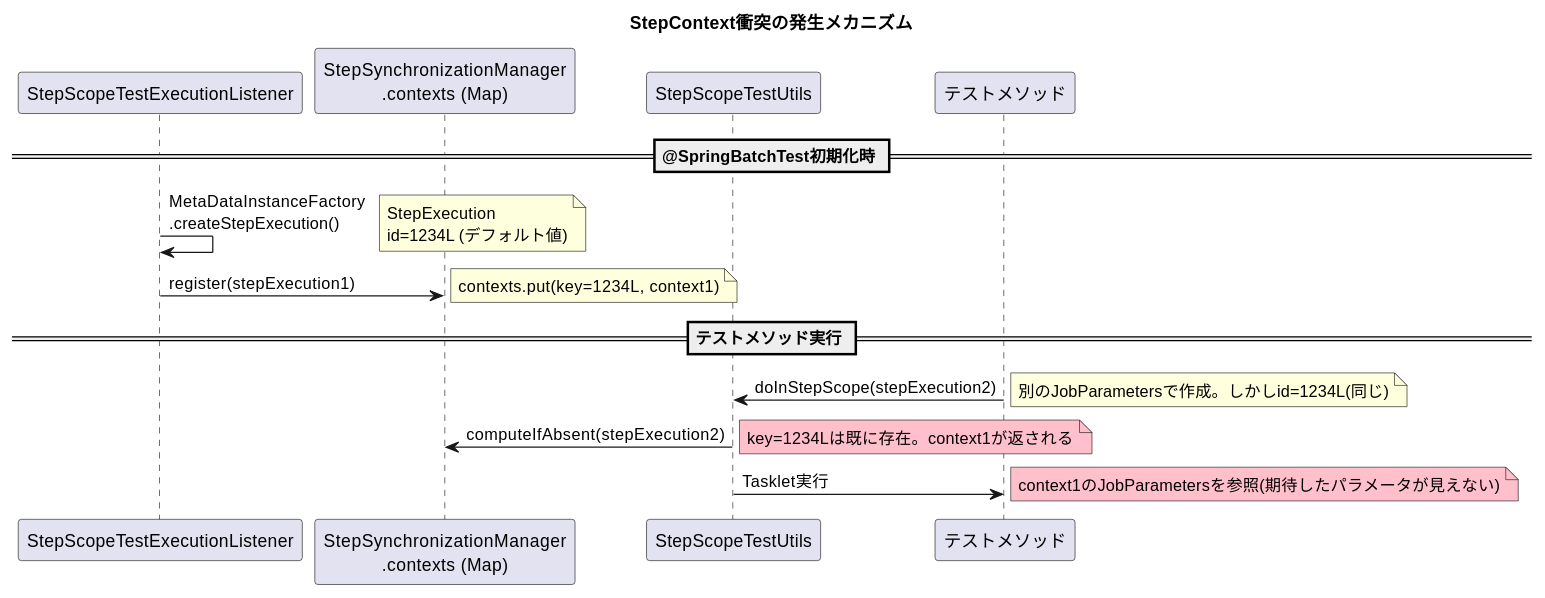
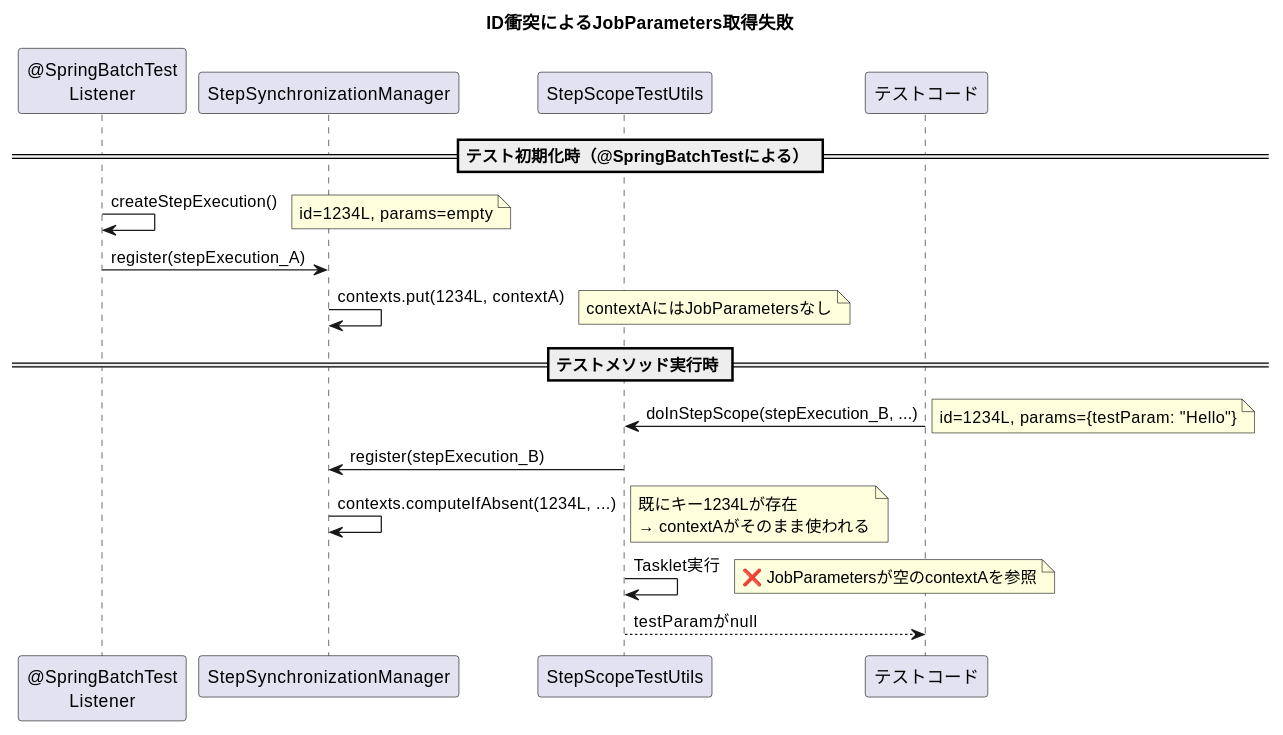
The second of 2 diagrams in output/spring-batch/6.0.2/all/current/markdown/issues_summary/issue_5181.md (mochimoching/github_issue_translate), drawn with PlantUML before and after one commit. The commit also changed other lines of this file and 76 other files, not shown here.

````diff
--- a/output/spring-batch/6.0.2/all/current/markdown/issues_summary/issue_5181.md
+++ b/output/spring-batch/6.0.2/all/current/markdown/issues_summary/issue_5181.md
@@ -20,26 +57,29 @@
 ```plantuml
 @startuml
-title StepContext衝突の発生メカニズム
+title ID衝突によるJobParameters取得失敗
 
-participant "StepScopeTestExecutionListener" as Listener
-participant "StepSynchronizationManager\n.contexts (Map)" as Contexts
+participant "@SpringBatchTest\nListener" as Listener
+participant "StepSynchronizationManager" as Manager
 participant "StepScopeTestUtils" as Utils
-participant "テストメソッド" as Test
+participant "テストコード" as Test
 
-== @SpringBatchTest初期化時 ==
-Listener -> Listener: MetaDataInstanceFactory\n.createStepExecution()
-note right: StepExecution\nid=1234L (デフォルト値)
-Listener -> Contexts: register(stepExecution1)
-note right: contexts.put(key=1234L, context1)
+== テスト初期化時（@SpringBatchTestによる） ==
+Listener -> Listener: createStepExecution()
+note right: id=1234L, params=empty
+Listener -> Manager: register(stepExecution_A)
+Manager -> Manager: contexts.put(1234L, contextA)
+note right: contextAにはJobParametersなし
 
-== テストメソッド実行 ==
-Test -> Utils: doInStepScope(stepExecution2)
-note right: 別のJobParametersで作成。しかしid=1234L(同じ)
-Utils -> Contexts: computeIfAbsent(stepExecution2)
-note right #pink: key=1234Lは既に存在。context1が返される
+== テストメソッド実行時 ==
+Test -> Utils: doInStepScope(stepExecution_B, ...)
+note right: id=1234L, params={testParam: "Hello"}
+Utils -> Manager: register(stepExecution_B)
+Manager -> Manager: contexts.computeIfAbsent(1234L, ...)
+note right: 既にキー1234Lが存在\n→ contextAがそのまま使われる
 
-Utils -> Test: Tasklet実行
-note right #pink: context1のJobParametersを参照(期待したパラメータが見えない)
+Utils -> Utils: Tasklet実行
+note right: ❌ JobParametersが空のcontextAを参照
+Utils --> Test: testParamがnull
 
 @enduml
 ```
````
